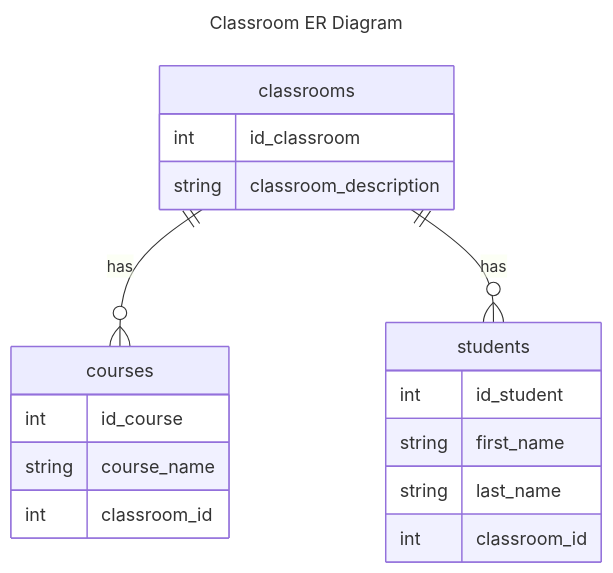
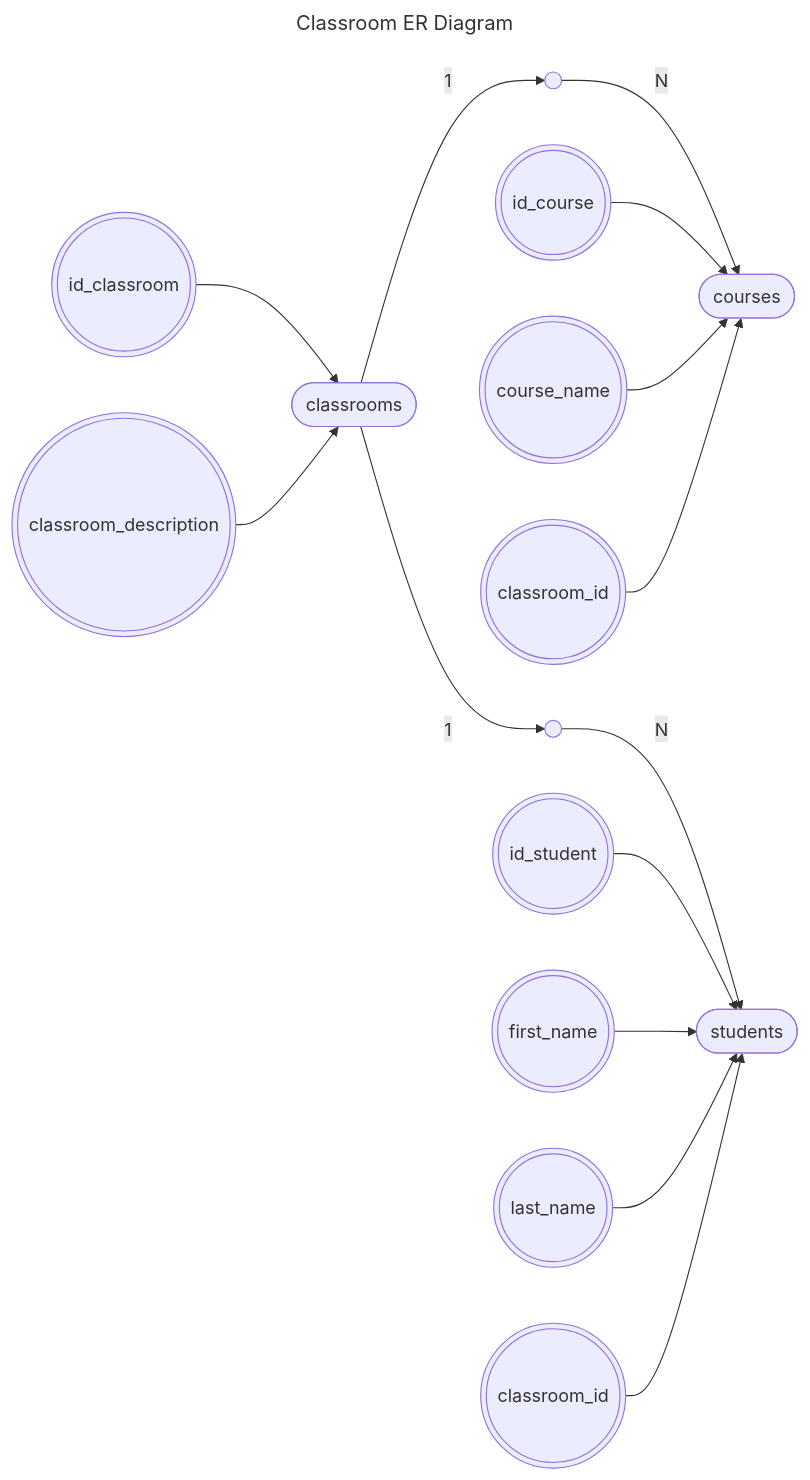
Before and after one commit to simoneavilarranz/students-classrooms-courses-simoneaa: the diagram in README.md, drawn with Mermaid.

````diff
--- a/README.md
+++ b/README.md
@@ -12,26 +12,39 @@
 ```mermaid
 ---
 title: Classroom ER Diagram
+layout: elk
 ---
-erDiagram
-    classrooms {
-        int id_classroom
-        string classroom_description
-    }
+flowchart LR
+    %% Entities
+    classrooms(["classrooms"])
+    courses(["courses"])
+    students(["students"])
 
-    courses {
-        int id_course
-        string course_name
-        int classroom_id
-    }
+    %% Attributes
+    id_classroom(((id_classroom)))
+    classroom_description(((classroom_description)))
+    id_course(((id_course)))
+    course_name(((course_name)))
+    classroom_id_c(((classroom_id)))
+    id_student(((id_student)))
+    first_name(((first_name)))
+    last_name(((last_name)))
+    classroom_id_s(((classroom_id)))
 
-    students {
-        int id_student
-        string first_name
-        string last_name
-        int classroom_id
-    }
+    %% Relationships
+    classrooms -- "1" --> R1(( ))
+    R1 -- "N" --> courses
+    classrooms -- "1" --> R2(( ))
+    R2 -- "N" --> students
 
-    classrooms ||--o{ courses : "has"
-    classrooms ||--o{ students : "has"
+    %% Attribute connections
+    id_classroom --> classrooms
+    classroom_description --> classrooms
+    id_course --> courses
+    course_name --> courses
+    classroom_id_c --> courses
+    id_student --> students
+    first_name --> students
+    last_name --> students
+    classroom_id_s --> students
 ```
````
